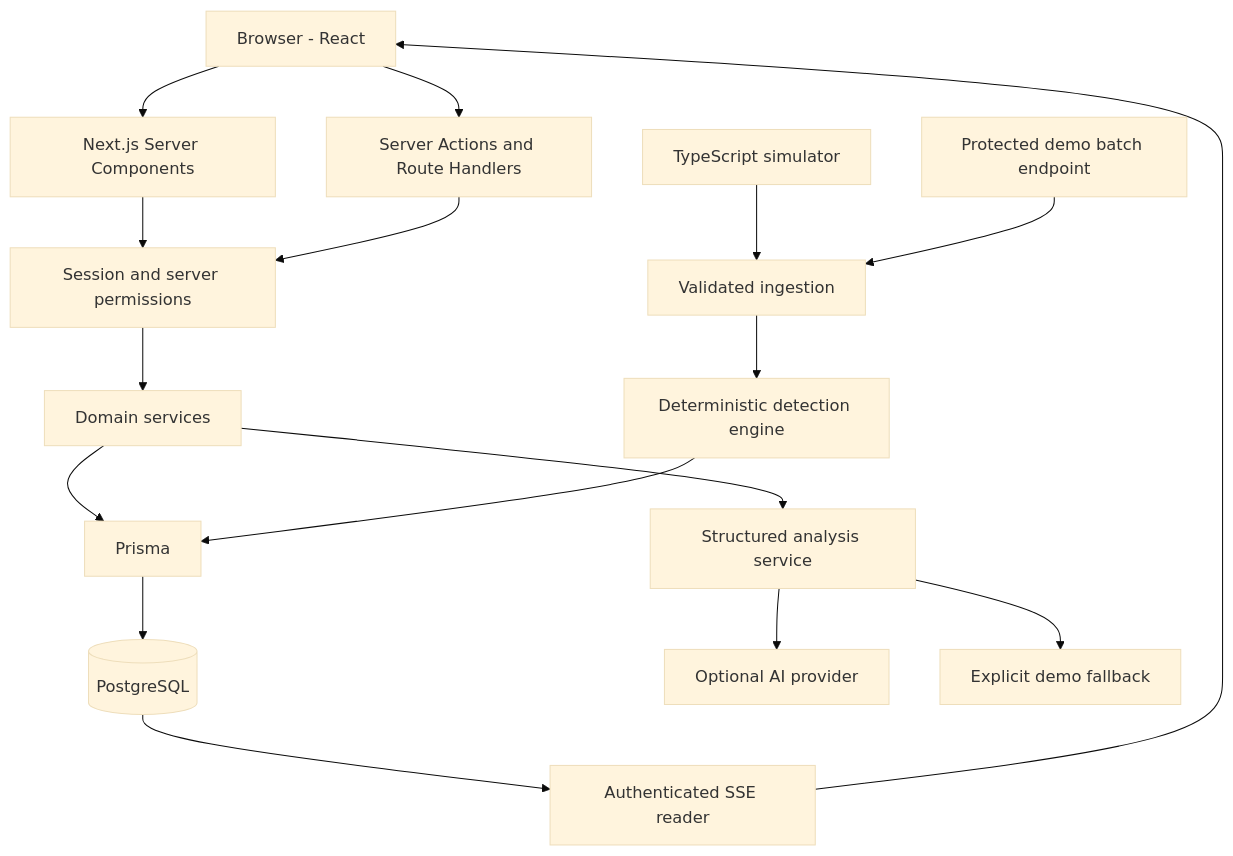
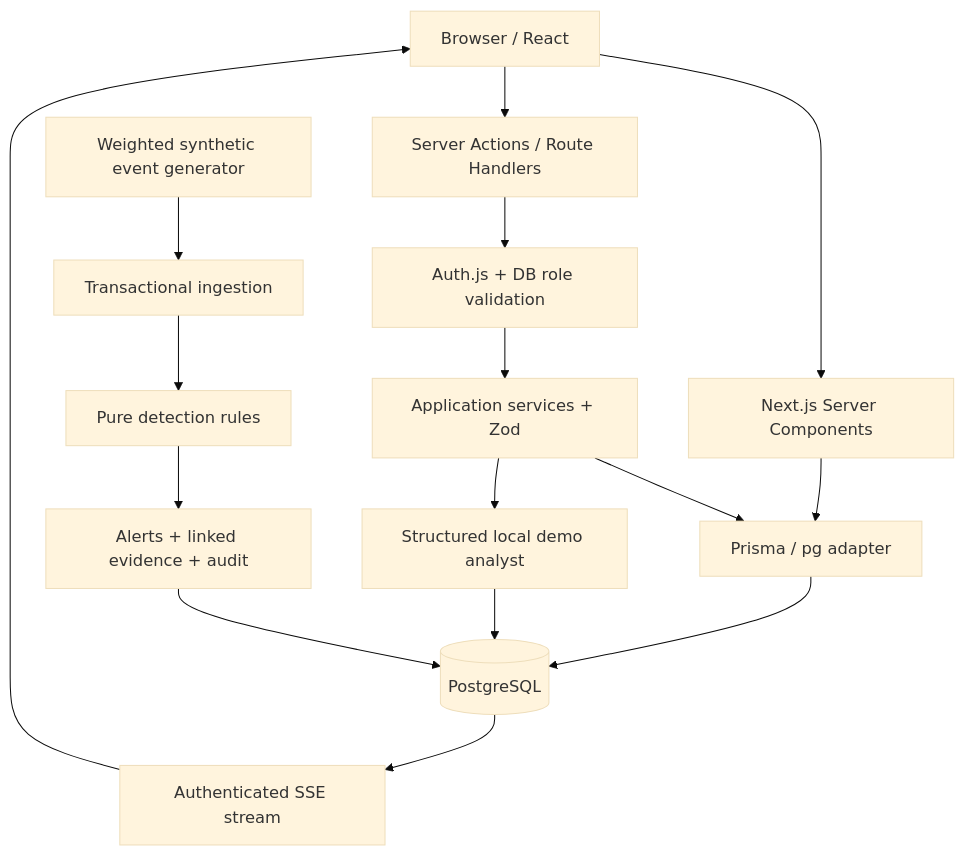
Before and after one commit to Lior41/pulseops: the diagram in docs/ARCHITECTURE.md, drawn with Mermaid (base theme). The commit also changed other lines of this file and 17 other files, not shown here.

````diff
--- a/docs/ARCHITECTURE.md
+++ b/docs/ARCHITECTURE.md
@@ -9,19 +7,18 @@
 ```mermaid
 flowchart TD
-    Browser[Browser - React] --> Pages[Next.js Server Components]
-    Browser --> Entry[Server Actions and Route Handlers]
-    Pages --> Guard[Session and server permissions]
-    Entry --> Guard
-    Guard --> Services[Domain services]
-    Services --> Prisma[Prisma]
-    Prisma --> DB[(PostgreSQL)]
-    Simulator[TypeScript simulator] --> Ingest[Validated ingestion]
-    Demo[Protected demo batch endpoint] --> Ingest
-    Ingest --> Detection[Deterministic detection engine]
-    Detection --> Prisma
-    DB --> Stream[Authenticated SSE reader]
-    Stream --> Browser
-    Services --> AI[Structured analysis service]
-    AI --> Provider[Optional AI provider]
-    AI --> Fallback[Explicit demo fallback]
+  Browser[Browser / React] --> RSC[Next.js Server Components]
+  Browser --> Actions[Server Actions / Route Handlers]
+  Actions --> Auth[Auth.js + DB role validation]
+  Auth --> Services[Application services + Zod]
+  Services --> Prisma[Prisma / pg adapter]
+  RSC --> Prisma
+  Prisma --> DB[(PostgreSQL)]
+  Simulator[Weighted synthetic event generator] --> Ingestion[Transactional ingestion]
+  Ingestion --> Rules[Pure detection rules]
+  Rules --> Evidence[Alerts + linked evidence + audit]
+  Evidence --> DB
+  DB --> SSE[Authenticated SSE stream]
+  SSE --> Browser
+  Services --> Analysis[Structured local demo analyst]
+  Analysis --> DB
 ```
````
